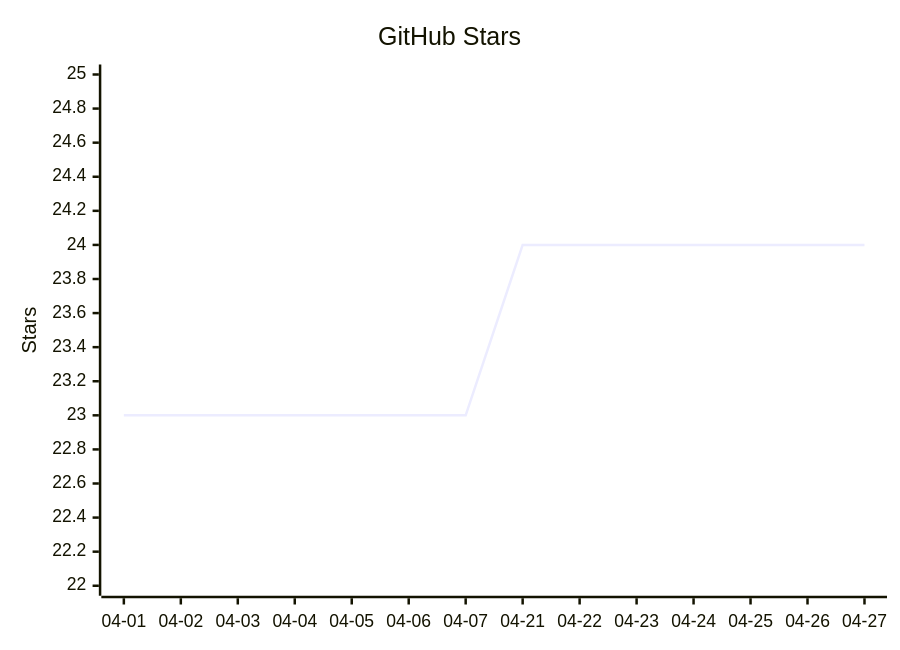
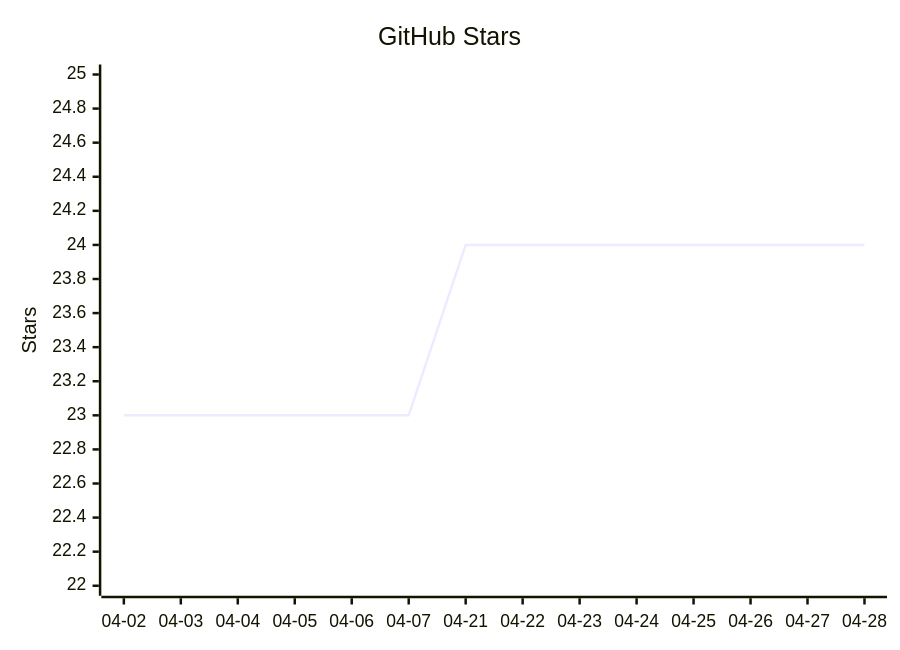
One commit to vectie/moonclaw changed the diagram in README.mbt.md. Above: the diagram before and after it, drawn with Mermaid. The commit also changed other lines of this file and 1 other file, not shown here.

Commit message:
Update README star growth

````diff
--- a/README.mbt.md
+++ b/README.mbt.md
@@ -489,7 +489,7 @@
 ```mermaid
 xychart-beta
     title "GitHub Stars"
-    x-axis ["04-01","04-02","04-03","04-04","04-05","04-06","04-07","04-21","04-22","04-23","04-24","04-25","04-26","04-27"]
+    x-axis ["04-02","04-03","04-04","04-05","04-06","04-07","04-21","04-22","04-23","04-24","04-25","04-26","04-27","04-28"]
     y-axis "Stars" 22 --> 25
-    line [23,23,23,23,23,23,23,24,24,24,24,24,24,24]
+    line [23,23,23,23,23,23,24,24,24,24,24,24,24,24]
 ```
````
